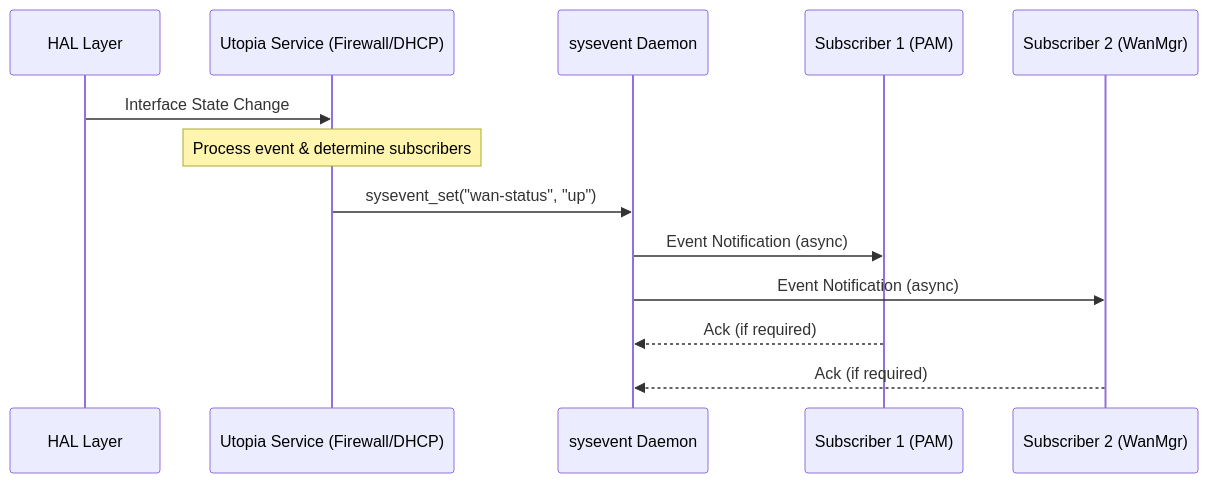
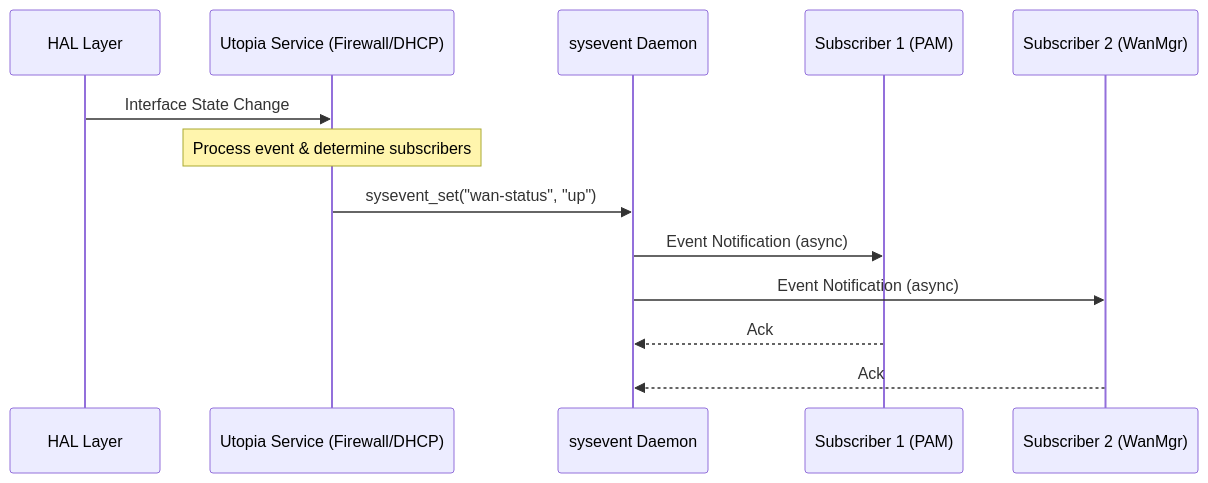
Before and after one commit to rns21/RDK_Documentation: the third of 4 diagrams in docs/docu/chunked/utopia/Interactions.md, drawn with Mermaid. The commit also changed 9 other files, not shown here.

````diff
--- a/docs/docu/chunked/utopia/Interactions.md
+++ b/docs/docu/chunked/utopia/Interactions.md
@@ -150,16 +150,16 @@
 ```mermaid
 sequenceDiagram
     participant HAL as HAL Layer
     participant Utopia as Utopia Service (Firewall/DHCP)
     participant SysEvent as sysevent Daemon
     participant Sub1 as Subscriber 1 (PAM)
     participant Sub2 as Subscriber 2 (WanMgr)
 
     HAL->>Utopia: Interface State Change
     Note over Utopia: Process event & determine subscribers
     Utopia->>SysEvent: sysevent_set("wan-status", "up")
     SysEvent->>Sub1: Event Notification (async)
     SysEvent->>Sub2: Event Notification (async)
-    Sub1-->>SysEvent: Ack (if required)
-    Sub2-->>SysEvent: Ack (if required)
+    Sub1-->>SysEvent: Ack
+    Sub2-->>SysEvent: Ack
 ```
````
